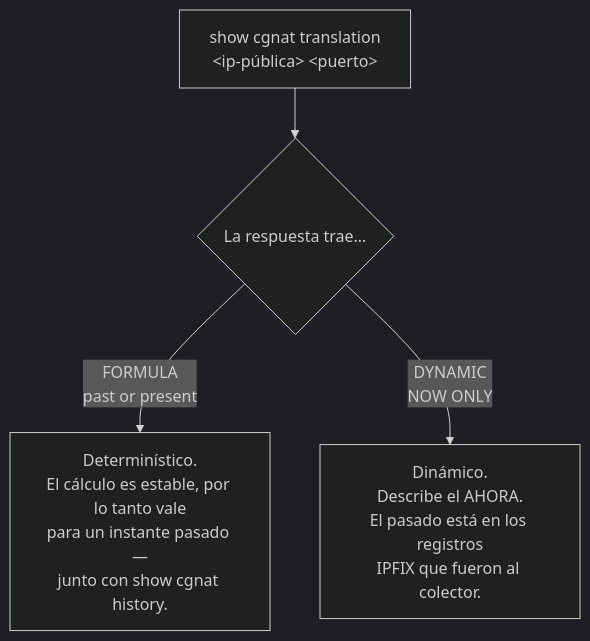
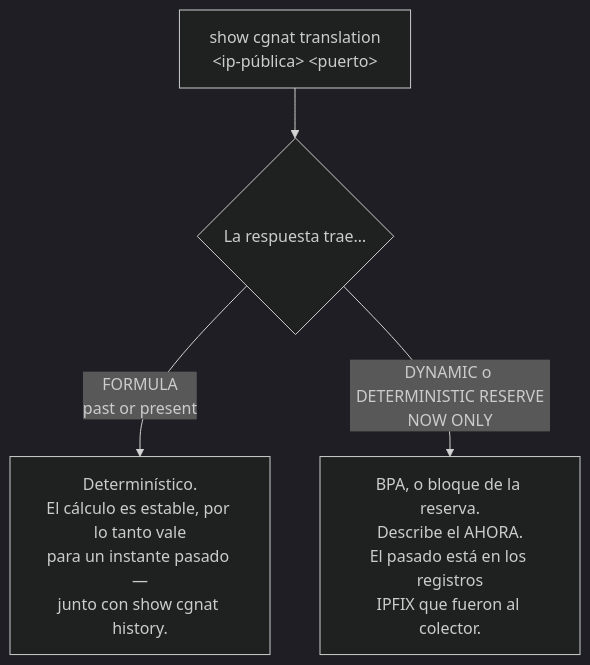
Before and after one commit to andrediashexa/prismarouting: the diagram in wiki/referencia-2/vty-prismash-guia-de-uso/comandos-show.md, drawn with Mermaid (dark theme). The commit also changed other lines of this file and 2 other files, not shown here.

````diff
--- a/wiki/referencia-2/vty-prismash-guia-de-uso/comandos-show.md
+++ b/wiki/referencia-2/vty-prismash-guia-de-uso/comandos-show.md
@@ -773,6 +796,6 @@
 ```mermaid
 flowchart TD
     T["show cgnat translation<br/>&lt;ip-pública&gt; &lt;puerto&gt;"] --> Q{"La respuesta trae…"}
     Q -->|"FORMULA<br/>past or present"| A["Determinístico.<br/>El cálculo es estable, por lo tanto vale<br/>para un instante pasado —<br/>junto con show cgnat history."]
-    Q -->|"DYNAMIC<br/>NOW ONLY"| B["Dinámico.<br/>Describe el AHORA.<br/>El pasado está en los registros<br/>IPFIX que fueron al colector."]
+    Q -->|"DYNAMIC o DETERMINISTIC RESERVE<br/>NOW ONLY"| B["BPA, o bloque de la reserva.<br/>Describe el AHORA.<br/>El pasado está en los registros<br/>IPFIX que fueron al colector."]
 ```
````
